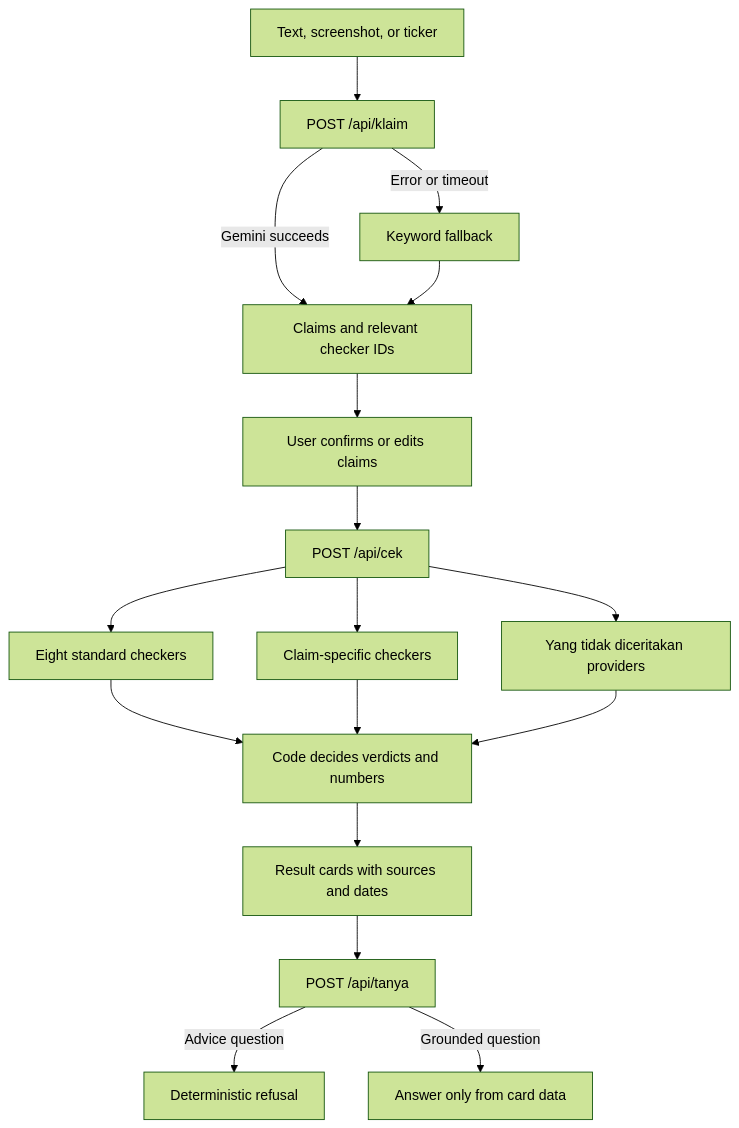
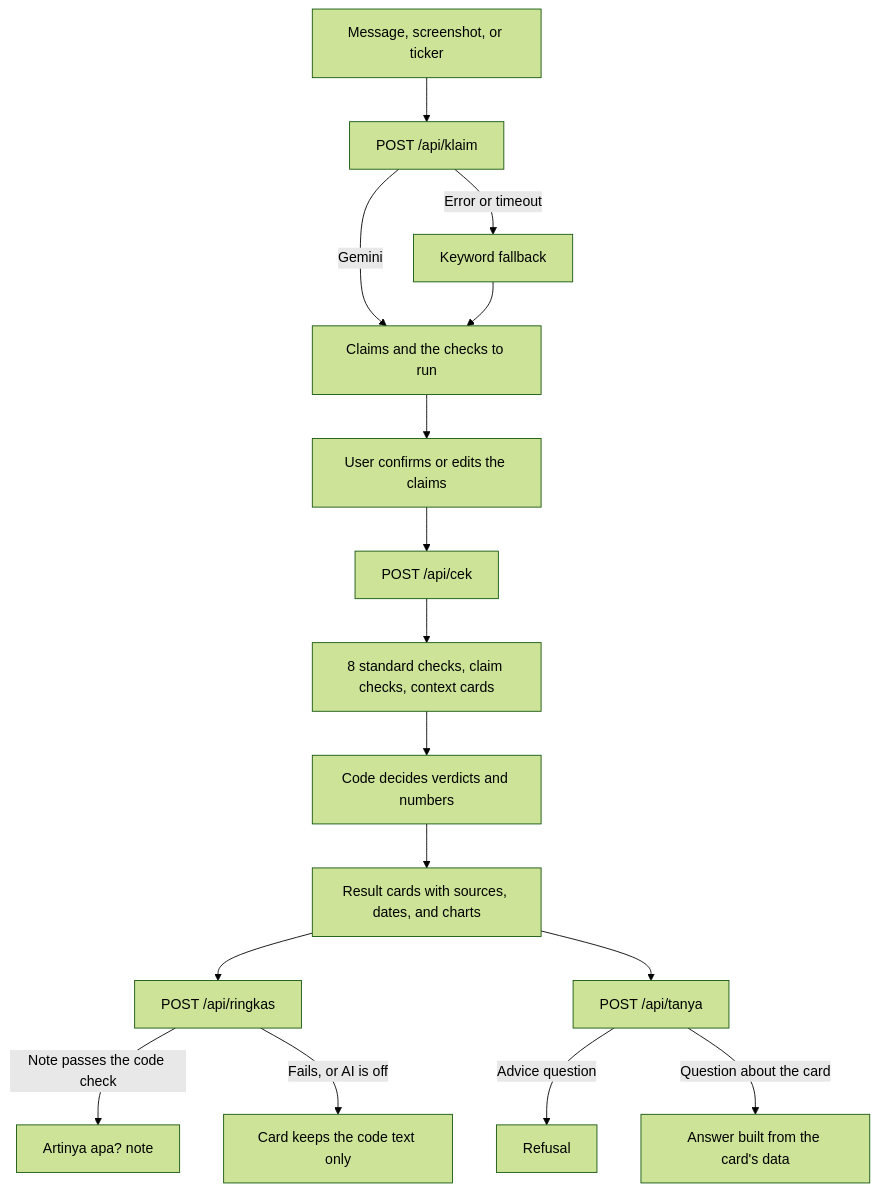
Before and after one commit to kafiirgie/cekdulu: the diagram in README.md, drawn with Mermaid (forest theme). The commit also changed other lines of this file, not shown here.

Commit message:
docs(a0): rewrite the README for judges, with limitations and a roadmap (#57)

````diff
--- a/README.md
+++ b/README.md
@@ -88,19 +45,18 @@
 ```mermaid
 flowchart TD
-    A[Text, screenshot, or ticker] --> B[POST /api/klaim]
-    B -->|Gemini succeeds| C[Claims and relevant checker IDs]
+    A[Message, screenshot, or ticker] --> B[POST /api/klaim]
+    B -->|Gemini| C[Claims and the checks to run]
     B -->|Error or timeout| D[Keyword fallback]
     D --> C
-    C --> E[User confirms or edits claims]
+    C --> E[User confirms or edits the claims]
     E --> F[POST /api/cek]
-    F --> G[Eight standard checkers]
-    F --> H[Claim-specific checkers]
-    F --> I[Yang tidak diceritakan providers]
-    G --> J[Code decides verdicts and numbers]
-    H --> J
-    I --> J
-    J --> K[Result cards with sources and dates]
-    K --> L[POST /api/tanya]
-    L -->|Advice question| M[Deterministic refusal]
-    L -->|Grounded question| N[Answer only from card data]
+    F --> G[8 standard checks, claim checks, context cards]
+    G --> H[Code decides verdicts and numbers]
+    H --> I[Result cards with sources, dates, and charts]
+    I --> J[POST /api/ringkas]
+    J -->|Note passes the code check| K["Artinya apa? note"]
+    J -->|Fails, or AI is off| L[Card keeps the code text only]
+    I --> M[POST /api/tanya]
+    M -->|Advice question| N[Refusal]
+    M -->|Question about the card| O[Answer built from the card's data]
 ```
````
